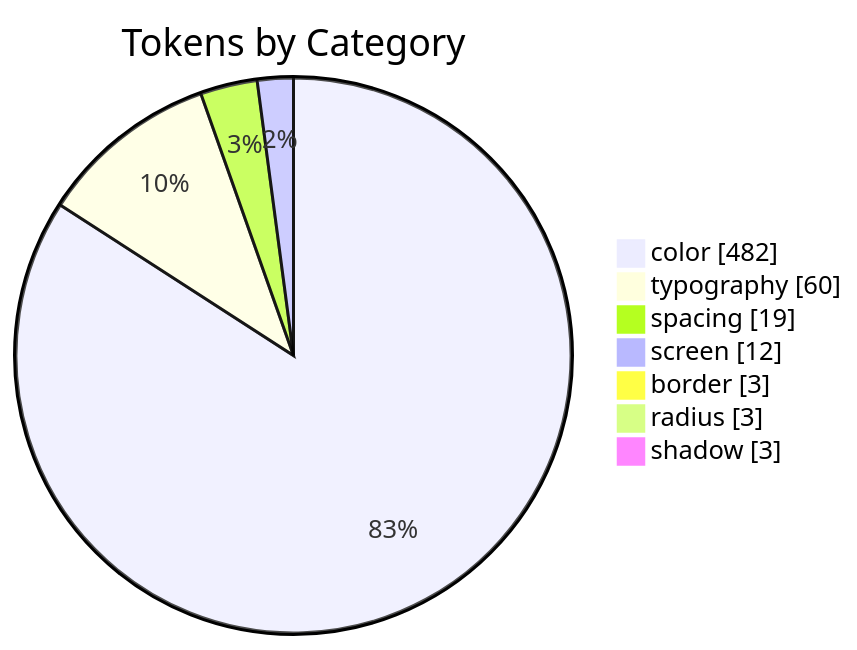
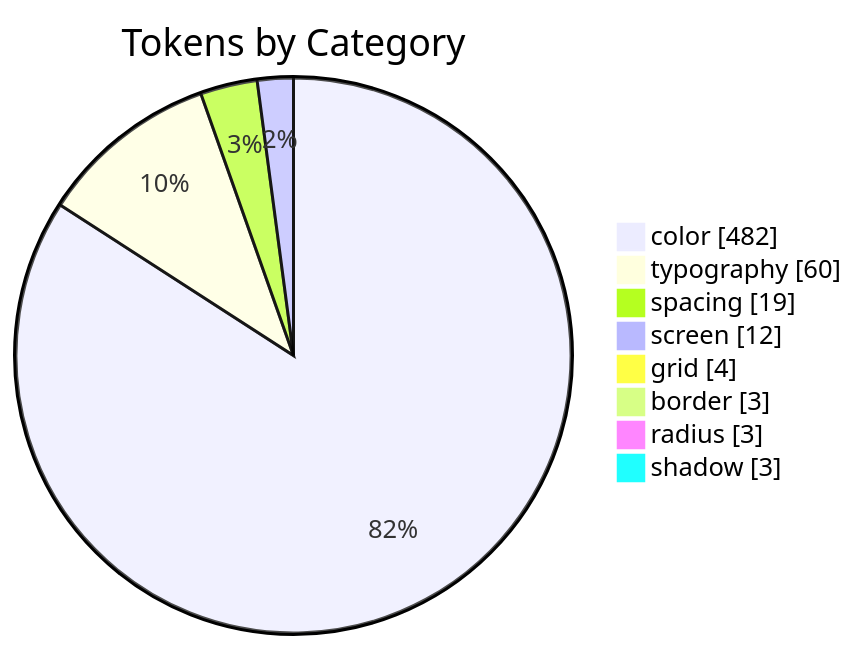
Before and after one commit to MerzoukeMansouri/adeo-mozaic-mcp: the diagram in docs/assets/stats-tokens.mmd, drawn with Mermaid. The commit also changed 15 other files, not shown here.

```diff
--- a/docs/assets/stats-tokens.mmd
+++ b/docs/assets/stats-tokens.mmd
@@ -1,11 +1,12 @@
 ---
 title: Tokens by Category
 ---
 pie showData
     "color" : 482
     "typography" : 60
     "spacing" : 19
     "screen" : 12
+    "grid" : 4
     "border" : 3
     "radius" : 3
     "shadow" : 3
```
